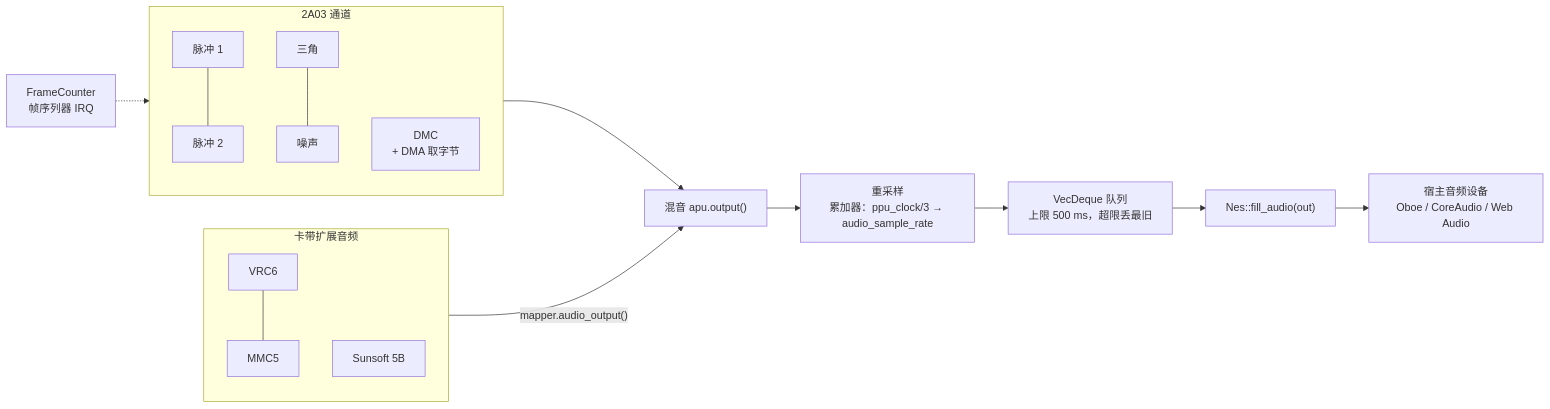
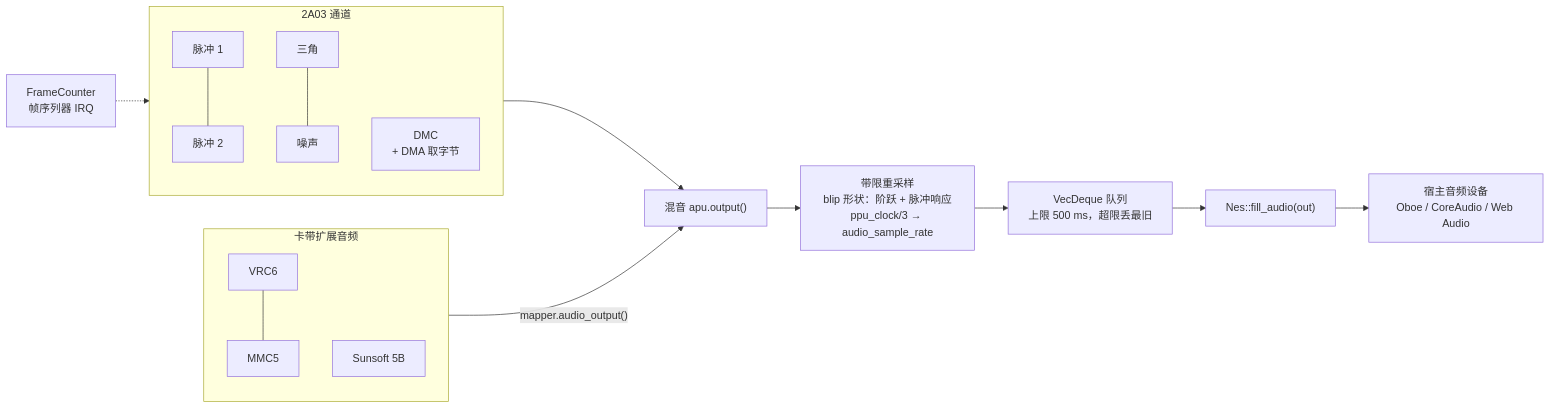
The sixth of 13 diagrams in docs/architecture.zh-CN.md (YufJi/nes-emulator), drawn with Mermaid before and after one commit. The commit also changed other lines of this file and 6 other files, not shown here.

````diff
--- a/docs/architecture.zh-CN.md
+++ b/docs/architecture.zh-CN.md
@@ -374,20 +374,20 @@
 ```mermaid
 flowchart LR
     subgraph Channels["2A03 通道"]
         P1["脉冲 1"] --- P2["脉冲 2"]
         Tri["三角"] --- Noise["噪声"]
         Dmc["DMC<br/>+ DMA 取字节"]
     end
     subgraph Expansion["卡带扩展音频"]
         VRC6["VRC6"] --- MMC5["MMC5"]
         S5B["Sunsoft 5B"]
     end
     FC["FrameCounter<br/>帧序列器 IRQ"] -.-> Channels
 
     Channels --> Mix["混音 apu.output()"]
     Expansion -->|"mapper.audio_output()"| Mix
-    Mix --> Resample["重采样<br/>累加器：ppu_clock/3 → audio_sample_rate"]
+    Mix --> Resample["带限重采样<br/>blip 形状：阶跃 + 脉冲响应<br/>ppu_clock/3 → audio_sample_rate"]
     Resample --> Queue["VecDeque 队列<br/>上限 500 ms，超限丢最旧"]
     Queue --> Fill["Nes::fill_audio(out)"]
     Fill --> Device["宿主音频设备<br/>Oboe / CoreAudio / Web Audio"]
 ```
````
